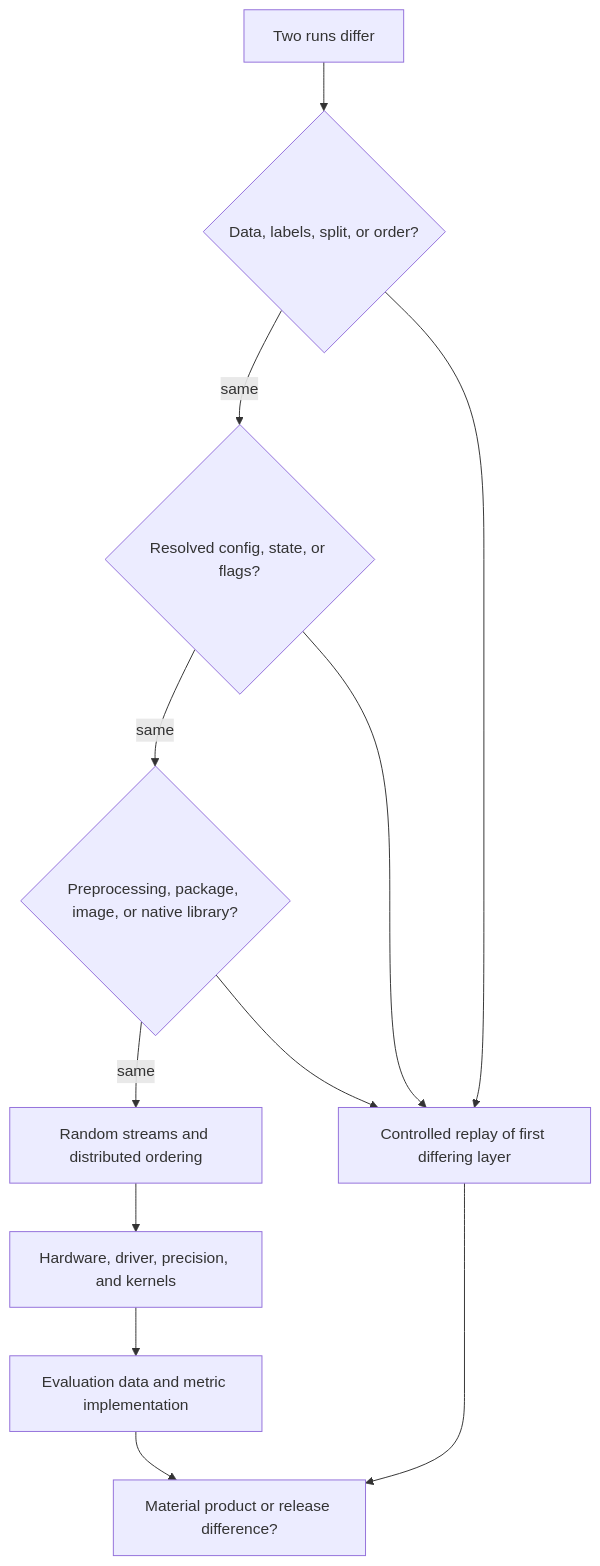
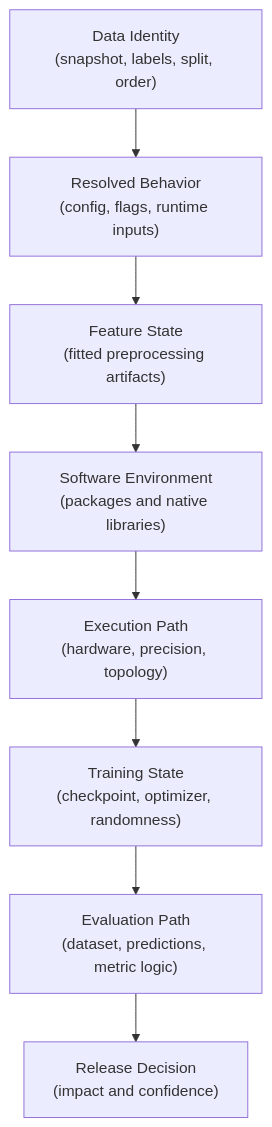
One commit to senlinyy/dev-roadmaps changed the second of 3 diagrams in roadmaps/mlops/modules/experiments-and-reproducibility/reproduction-problems/03-same-code-different-model.md. Above: the diagram before and after it, drawn with Mermaid. The commit also changed other lines of this file and 198 other files, not shown here.

````diff
--- a/roadmaps/mlops/modules/experiments-and-reproducibility/reproduction-problems/03-same-code-different-model.md
+++ b/roadmaps/mlops/modules/experiments-and-reproducibility/reproduction-problems/03-same-code-different-model.md
@@ -30,14 +62,10 @@
 ```mermaid
-flowchart TB
-    Difference["Two runs differ"] --> Data{"Data, labels, split, or order?"}
-    Data -->|same| Behaviour{"Resolved config, state, or flags?"}
-    Behaviour -->|same| Software{"Preprocessing, package, image, or native library?"}
-    Software -->|same| Random["Random streams and distributed ordering"]
-    Random --> Hardware["Hardware, driver, precision, and kernels"]
-    Hardware --> Evaluation["Evaluation data and metric implementation"]
-    Data --> Test["Controlled replay of first differing layer"]
-    Behaviour --> Test
-    Software --> Test
-    Evaluation --> Decision["Material product or release difference?"]
-    Test --> Decision
+flowchart TD
+    A["Data Identity<br/>(snapshot, labels, split, order)"] --> B["Resolved Behavior<br/>(config, flags, runtime inputs)"]
+    B --> C["Feature State<br/>(fitted preprocessing artifacts)"]
+    C --> D["Software Environment<br/>(packages and native libraries)"]
+    D --> E["Execution Path<br/>(hardware, precision, topology)"]
+    E --> F["Training State<br/>(checkpoint, optimizer, randomness)"]
+    F --> G["Evaluation Path<br/>(dataset, predictions, metric logic)"]
+    G --> H["Release Decision<br/>(impact and confidence)"]
 ```
````
